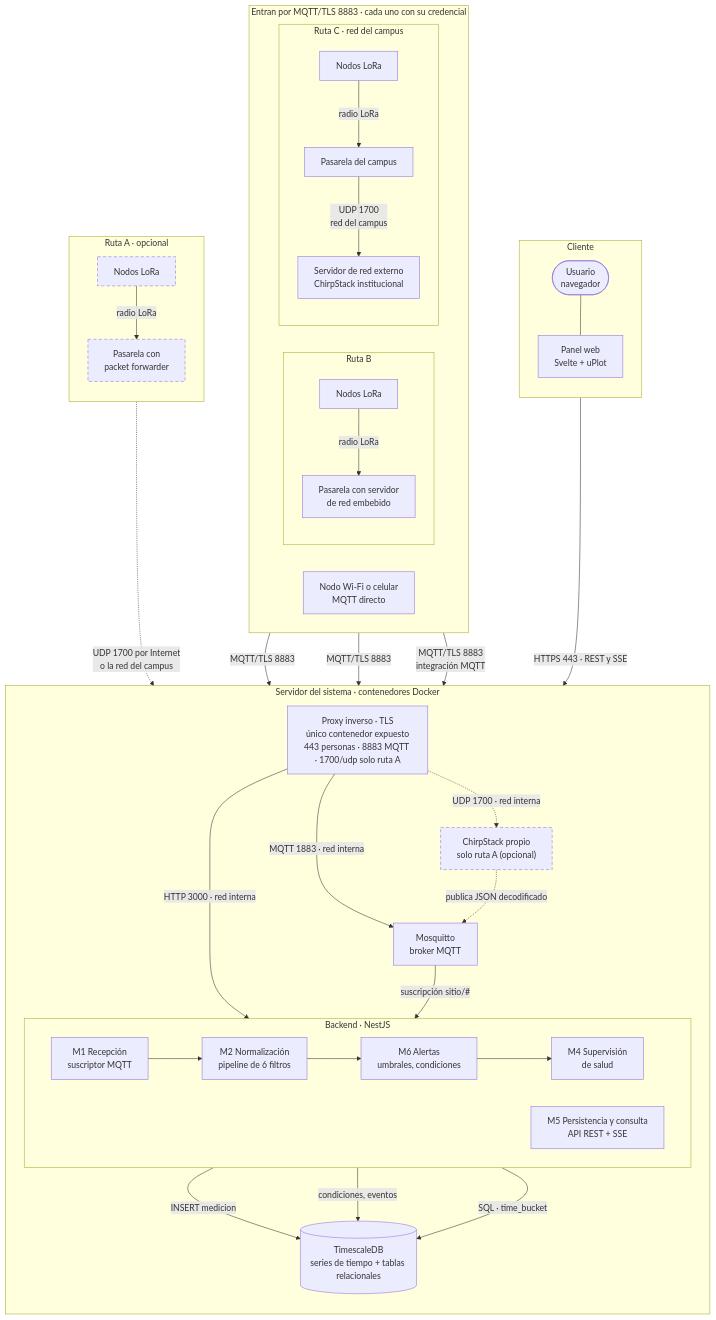
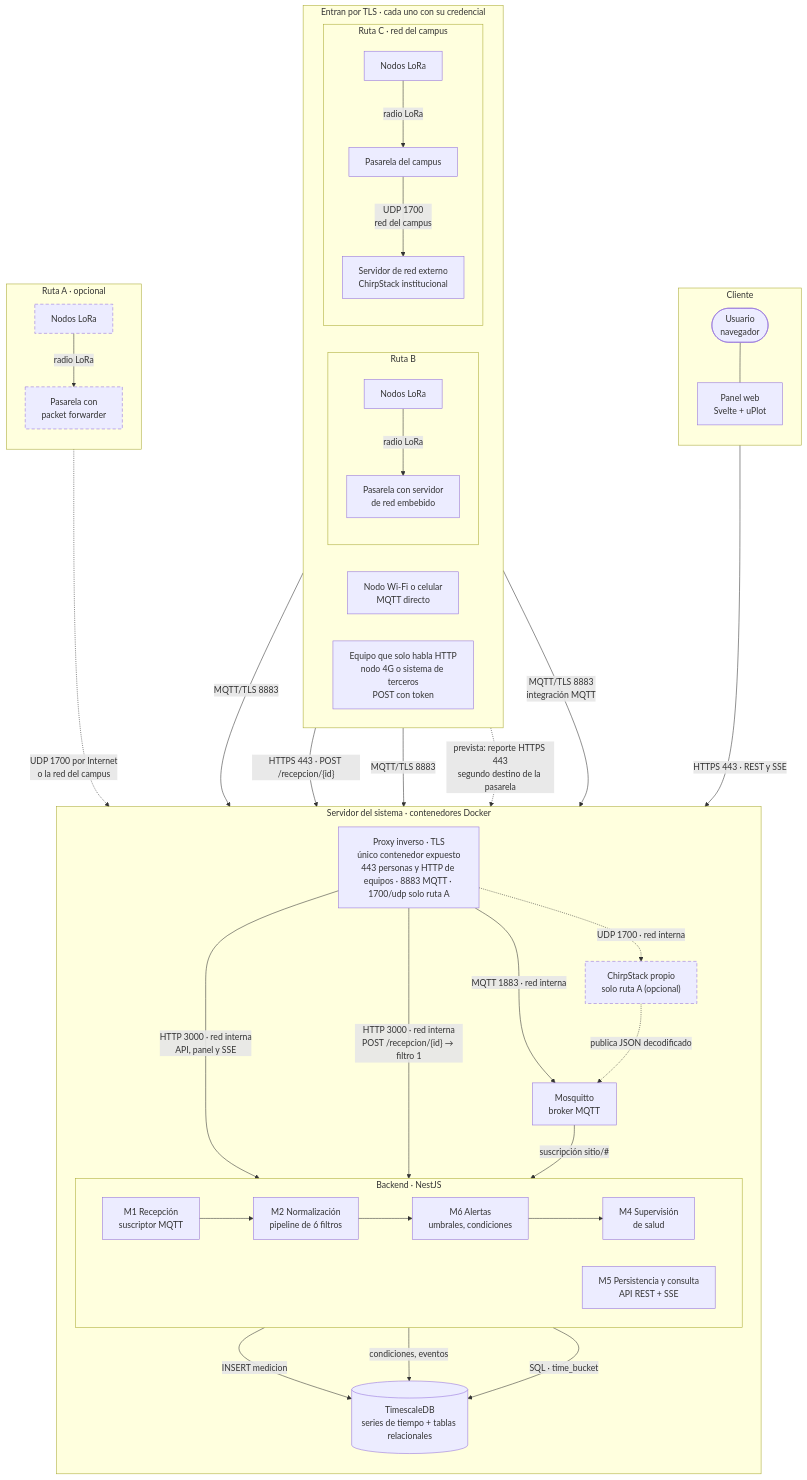
The diagram in informe-oficial/figuras/mermaid/contenedores.mmd (vicenterami/tesis), drawn with Mermaid before and after one commit. The commit also changed 52 other files, not shown here.

```diff
--- a/informe-oficial/figuras/mermaid/contenedores.mmd
+++ b/informe-oficial/figuras/mermaid/contenedores.mmd
@@ -1,53 +1,57 @@
 flowchart TB
     subgraph CLI["Cliente"]
         direction TB
         U(["Usuario<br/>navegador"]) --- FE["Panel web<br/>Svelte + uPlot"]
     end
 
-    subgraph TLS["Entran por MQTT/TLS 8883 · cada uno con su credencial"]
+    subgraph TLS["Entran por TLS · cada uno con su credencial"]
         direction LR
         N2["Nodo Wi-Fi o celular<br/>MQTT directo"]
+        N3["Equipo que solo habla HTTP<br/>nodo 4G o sistema de terceros<br/>POST con token"]
         subgraph RB["Ruta B"]
             direction TB
             NB["Nodos LoRa"] -- "radio LoRa" --> GB["Pasarela con servidor<br/>de red embebido"]
         end
         subgraph RC["Ruta C · red del campus"]
             direction TB
             NC["Nodos LoRa"] -- "radio LoRa" --> GC["Pasarela del campus"] -- "UDP 1700<br/>red del campus" --> NS["Servidor de red externo<br/>ChirpStack institucional"]
         end
     end
 
     subgraph RA["Ruta A · opcional"]
         direction TB
         NA["Nodos LoRa"] -- "radio LoRa" --> GA["Pasarela con<br/>packet forwarder"]
     end
 
     subgraph SRV["Servidor del sistema · contenedores Docker"]
         direction TB
-        RP["Proxy inverso · TLS<br/>único contenedor expuesto<br/>443 personas · 8883 MQTT · 1700/udp solo ruta A"]
+        RP["Proxy inverso · TLS<br/>único contenedor expuesto<br/>443 personas y HTTP de equipos · 8883 MQTT · 1700/udp solo ruta A"]
         MQ["Mosquitto<br/>broker MQTT"]
         subgraph BE["Backend · NestJS"]
             direction LR
             M1["M1 Recepción<br/>suscriptor MQTT"] --> M2["M2 Normalización<br/>pipeline de 6 filtros"]
             M2 --> M6["M6 Alertas<br/>umbrales, condiciones"] --> M4["M4 Supervisión<br/>de salud"]
             M5["M5 Persistencia y consulta<br/>API REST + SSE"]
         end
         DB[("TimescaleDB<br/>series de tiempo + tablas relacionales")]
         CS["ChirpStack propio<br/>solo ruta A (opcional)"]
     end
 
     FE -- "HTTPS 443 · REST y SSE" --> RP
     N2 -- "MQTT/TLS 8883" --> RP
+    N3 -- "HTTPS 443 · POST /recepcion/{id}" --> RP
     GB -- "MQTT/TLS 8883" --> RP
+    GB -. "prevista: reporte HTTPS 443<br/>segundo destino de la pasarela" .-> RP
     NS -- "MQTT/TLS 8883<br/>integración MQTT" --> RP
     GA -. "UDP 1700 por Internet<br/>o la red del campus" .-> RP
-    RP -- "HTTP 3000 · red interna" --> M5
+    RP -- "HTTP 3000 · red interna<br/>API, panel y SSE" --> M5
+    RP -- "HTTP 3000 · red interna<br/>POST /recepcion/{id} → filtro 1" --> M1
     RP -- "MQTT 1883 · red interna" --> MQ
     RP -. "UDP 1700 · red interna" .-> CS
     CS -. "publica JSON decodificado" .-> MQ
     MQ -- "suscripción sitio/#" --> M1
     M2 -- "INSERT medicion" --> DB
     M6 -- "condiciones, eventos" --> DB
     M5 -- "SQL · time_bucket" --> DB
     classDef opcional stroke-dasharray:6 4
     class CS,GA,NA opcional
```
